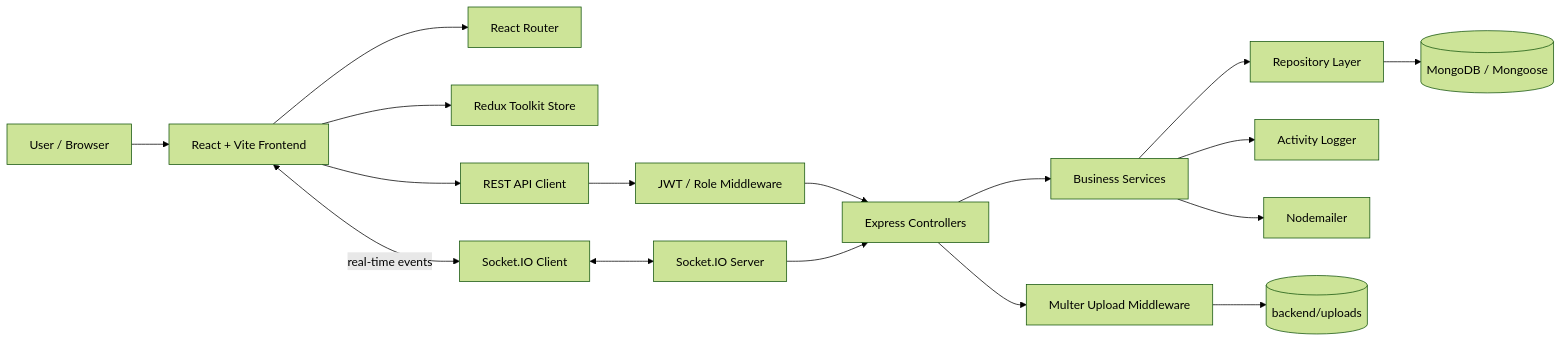
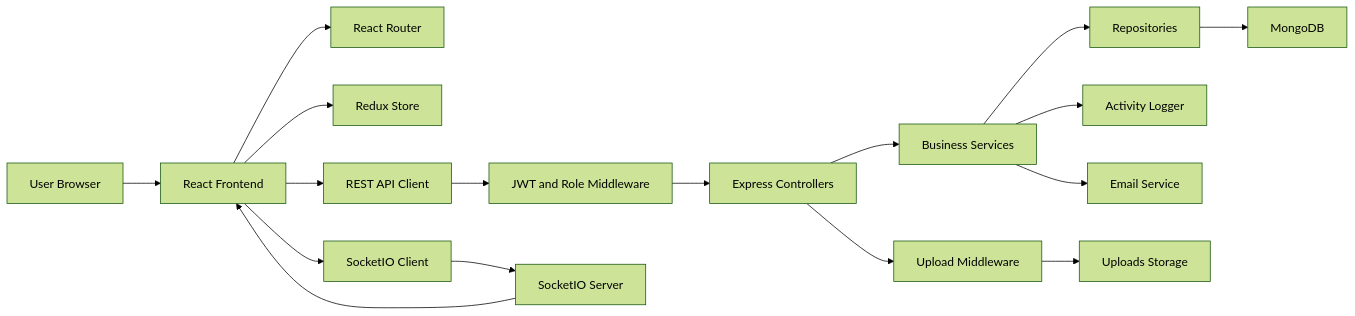
Before and after one commit to MathewPaul2109/NESA-Task-Management: the first of 17 diagrams in docs/NESA-TASK-MANAGEMENT-WORKFLOW.md, drawn with Mermaid (forest theme). The commit also changed other lines of this file, not shown here.

Commit message:
docs: fix Mermaid workflow flowcharts

````diff
--- a/docs/NESA-TASK-MANAGEMENT-WORKFLOW.md
+++ b/docs/NESA-TASK-MANAGEMENT-WORKFLOW.md
@@ -24,22 +24,19 @@
 ```mermaid
 flowchart LR
-    U[User / Browser] --> FE[React + Vite Frontend]
+    U[User Browser] --> FE[React Frontend]
     FE --> RT[React Router]
-    FE --> RS[Redux Toolkit Store]
+    FE --> RS[Redux Store]
     FE --> API[REST API Client]
-    FE <-->|real-time events| WS[Socket.IO Client]
-
-    API --> MW[JWT / Role Middleware]
-    WS <--> SIO[Socket.IO Server]
-
+    FE --> WS[SocketIO Client]
+    API --> MW[JWT and Role Middleware]
+    WS --> SIO[SocketIO Server]
     MW --> CTRL[Express Controllers]
     CTRL --> SVC[Business Services]
-    SVC --> REPO[Repository Layer]
-    REPO --> DB[(MongoDB / Mongoose)]
-
+    SVC --> REPO[Repositories]
+    REPO --> DB[MongoDB]
     SVC --> LOG[Activity Logger]
-    SVC --> MAIL[Nodemailer]
-    CTRL --> UP[Multer Upload Middleware]
-    UP --> FS[(backend/uploads)]
-    SIO --> CTRL
+    SVC --> MAIL[Email Service]
+    CTRL --> UP[Upload Middleware]
+    UP --> FS[Uploads Storage]
+    SIO --> FE
 ```
````
